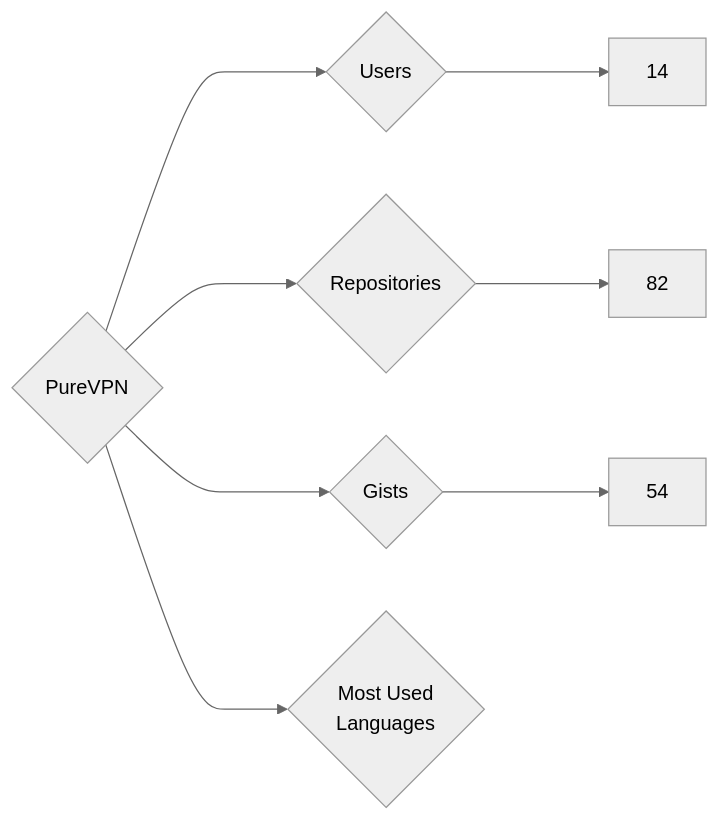
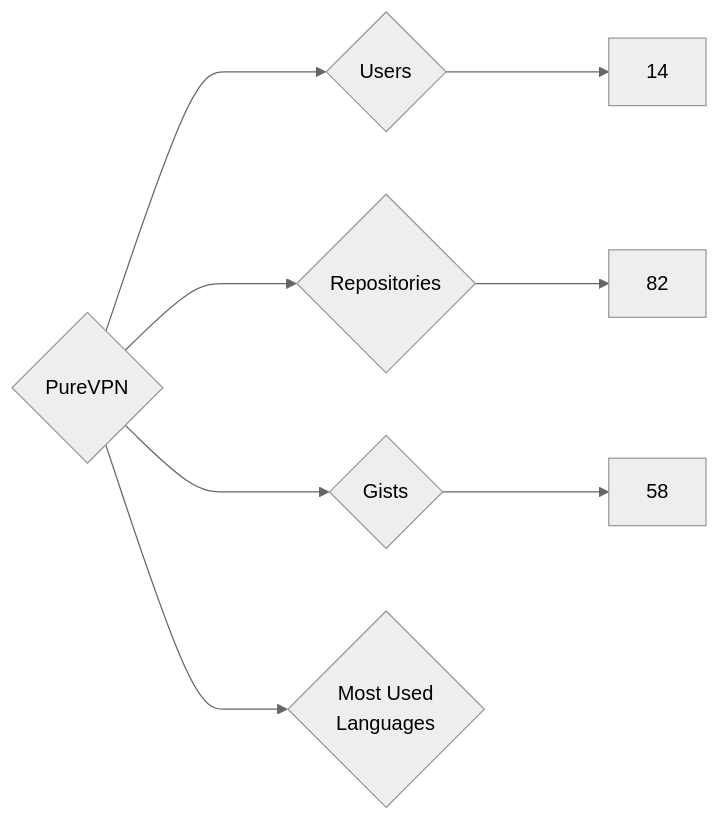
The diagram in targets/PureVPN/README.md (nenadzaric/insiders), drawn with Mermaid (neutral theme) before and after one commit. The commit also changed 1342 other files, not shown here.

````diff
--- a/targets/PureVPN/README.md
+++ b/targets/PureVPN/README.md
@@ -3,8 +3,8 @@
 ```mermaid
 graph LR
 COMPANY_NAME{PureVPN}
 COMPANY_NAME ---> U{Users} ---> UN[14]
 COMPANY_NAME ---> R{Repositories} ---> RN[82]
-COMPANY_NAME ---> G{Gists} ---> GN[54]
+COMPANY_NAME ---> G{Gists} ---> GN[58]
 COMPANY_NAME ---> ML{Most Used<br>Languages}
 ```
````
